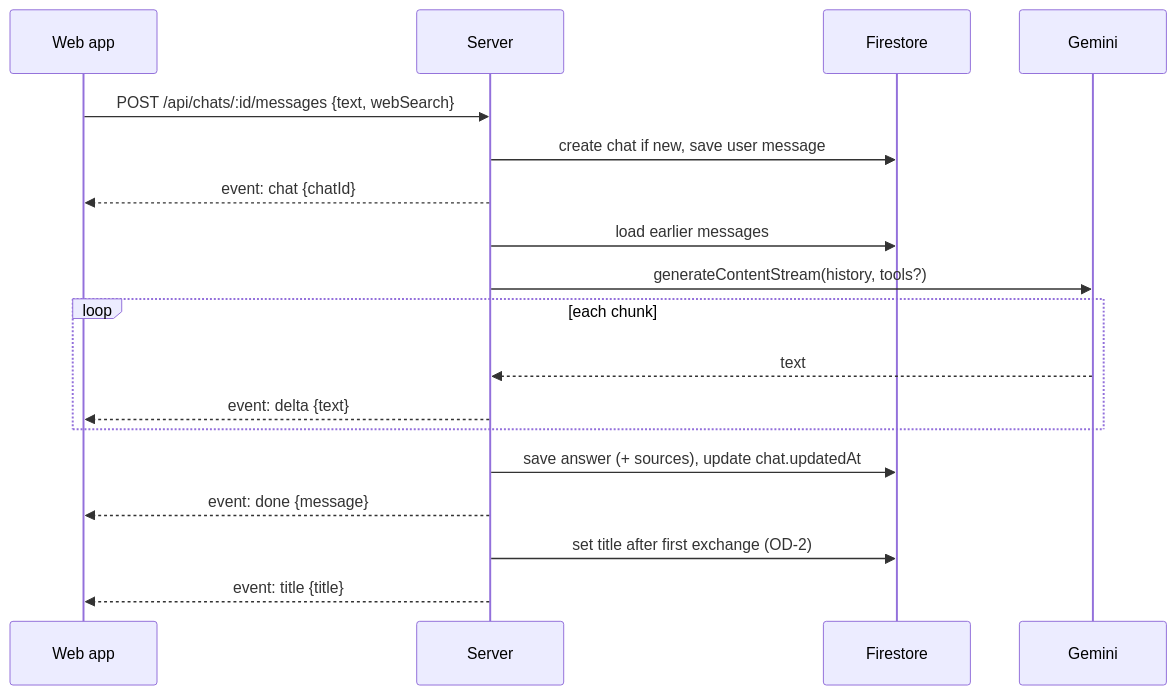
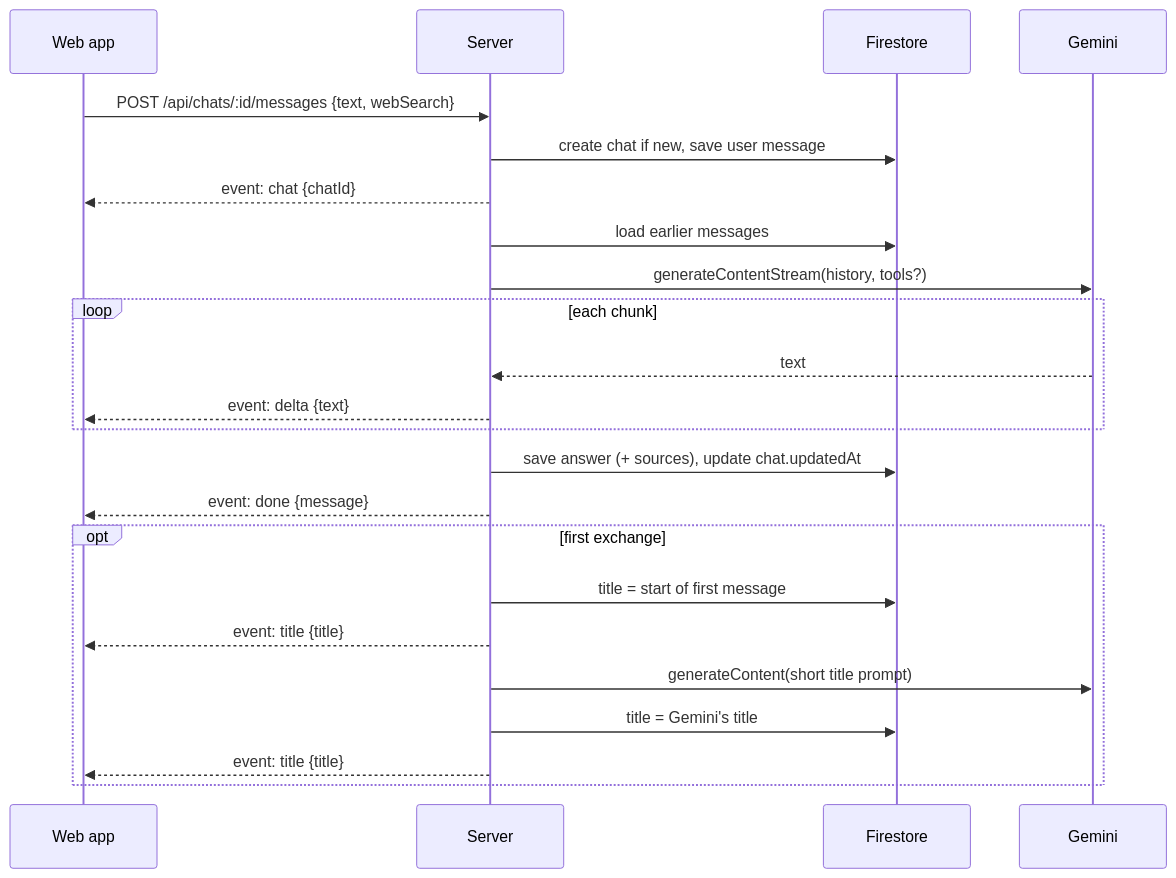
One commit to KirilKaloyanov/brAIn changed the second of 2 diagrams in docs/architecture.md. Above: the diagram before and after it, drawn with Mermaid. The commit also changed other lines of this file and 2 other files, not shown here.

````diff
--- a/docs/architecture.md
+++ b/docs/architecture.md
@@ -156,20 +155,25 @@
 ```mermaid
 sequenceDiagram
   participant W as Web app
   participant S as Server
   participant F as Firestore
   participant G as Gemini
   W->>S: POST /api/chats/:id/messages {text, webSearch}
   S->>F: create chat if new, save user message
   S-->>W: event: chat {chatId}
   S->>F: load earlier messages
   S->>G: generateContentStream(history, tools?)
   loop each chunk
     G-->>S: text
     S-->>W: event: delta {text}
   end
   S->>F: save answer (+ sources), update chat.updatedAt
   S-->>W: event: done {message}
-  S->>F: set title after first exchange (OD-2)
-  S-->>W: event: title {title}
+  opt first exchange
+    S->>F: title = start of first message
+    S-->>W: event: title {title}
+    S->>G: generateContent(short title prompt)
+    S->>F: title = Gemini's title
+    S-->>W: event: title {title}
+  end
 ```
````
